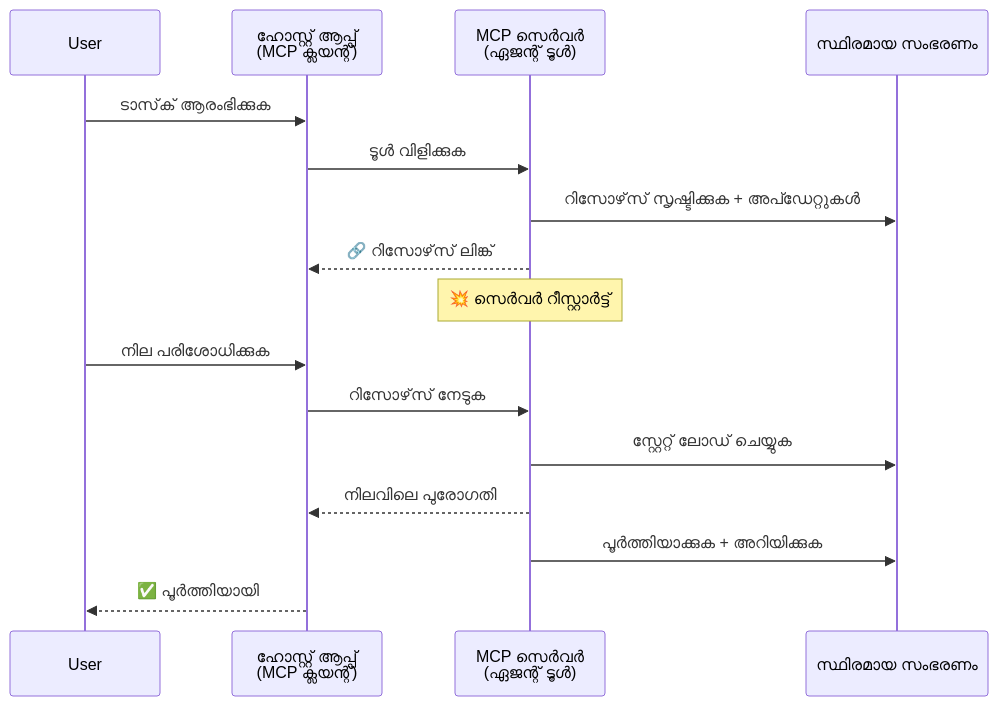
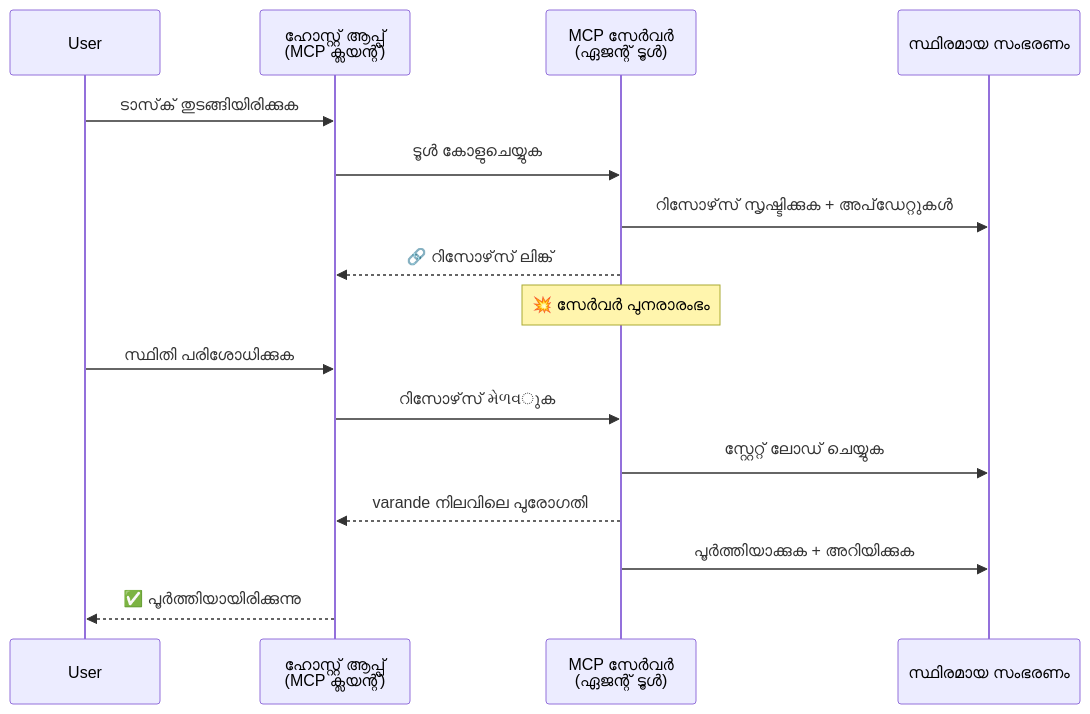
The third of 5 diagrams in translations/ml/11-agentic-protocols/code_samples/mcp-agents/README.md (microsoft/ai-agents-for-beginners), drawn with Mermaid before and after one commit. The commit also changed other lines of this file and 224 other files, not shown here.

````diff
--- a/translations/ml/11-agentic-protocols/code_samples/mcp-agents/README.md
+++ b/translations/ml/11-agentic-protocols/code_samples/mcp-agents/README.md
@@ -121,21 +123,21 @@
 ```mermaid
 sequenceDiagram
     participant User
     participant Host as ഹോസ്റ്റ് ആപ്പ്<br/>(MCP ക്ലയന്റ്)
-    participant Server as MCP സെർവർ<br/>(ഏജന്റ് ടൂൾ)
+    participant Server as MCP സേർവർ<br/>(ഏജന്റ് ടൂൾ)
     participant DB as സ്ഥിരമായ സംഭരണം
 
-    User->>Host: ടാസ്‌ക് ആരംഭിക്കുക
-    Host->>Server: ടൂൾ വിളിക്കുക
-    Server->>DB: റിസോഴ്‌സ് സൃഷ്ടിക്കുക + അപ്ഡേറ്റുകൾ
+    User->>Host: ടാസ്‌ക് തുടങ്ങിയിരിക്കുക
+    Host->>Server: ടൂൾ കോളുചെയ്യുക
+    Server->>DB: റിസോഴ്‌സ് സൃഷ്ടിക്കുക + അപ്‌ഡേറ്റുകൾ
     Server-->>Host: 🔗 റിസോഴ്‌സ് ലിങ്ക്
 
-    Note over Server: 💥 സെർവർ റീസ്റ്റാർട്ട്
+    Note over Server: 💥 സേർവർ പുനരാരംഭം
 
-    User->>Host: നില പരിശോധിക്കുക
-    Host->>Server: റിസോഴ്‌സ് നേടുക
+    User->>Host: സ്ഥിതി പരിശോധിക്കുക
+    Host->>Server: റിസോഴ്‌സ് મેળવുക
     Server->>DB: സ്റ്റേറ്റ് ലോഡ് ചെയ്യുക
-    Server-->>Host: നിലവിലെ പുരോഗതി
+    Server-->>Host: varande നിലവിലെ പുരോഗതി
     Server->>DB: പൂർത്തിയാക്കുക + അറിയിക്കുക
-    Host-->>User: ✅ പൂർത്തിയായി
+    Host-->>User: ✅ പൂർത്തിയായിരിക്കുന്നു
 ```
````
